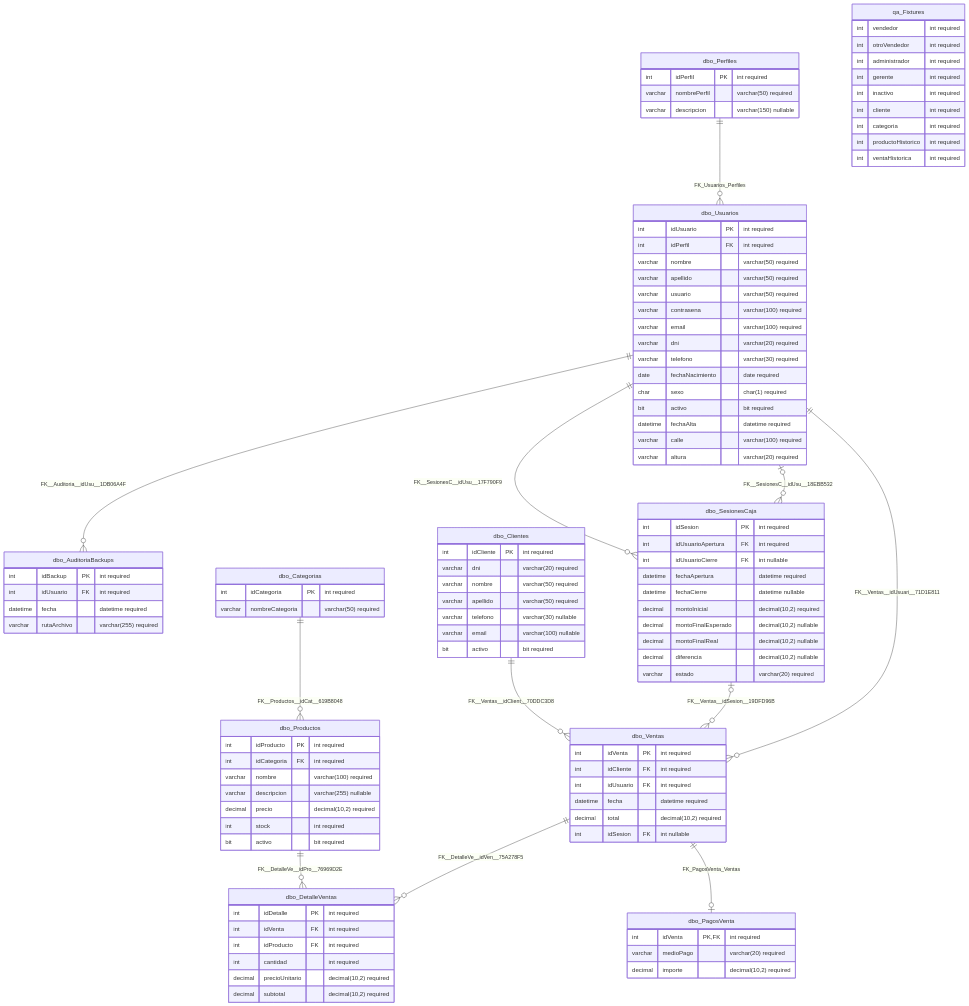
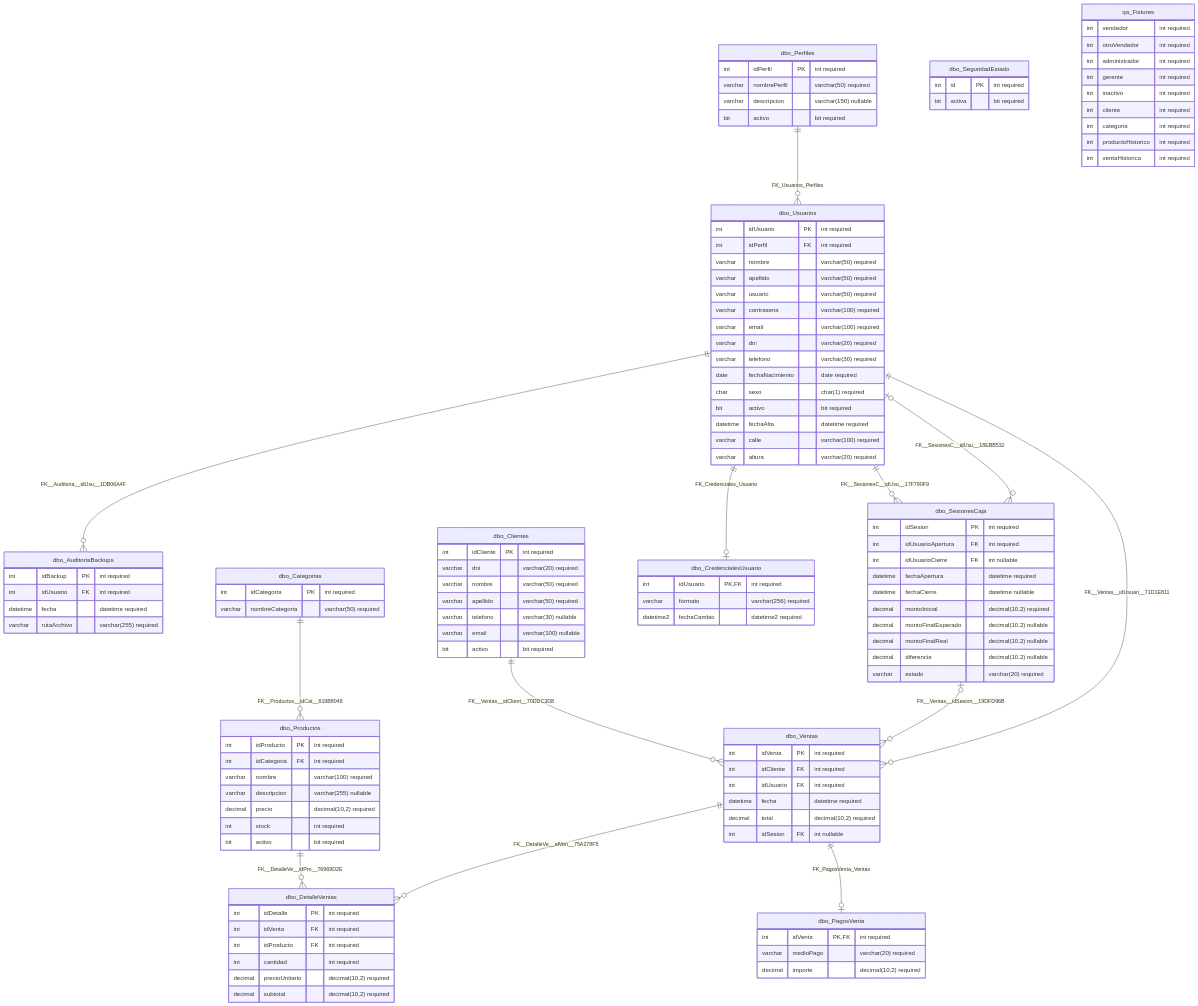
The diagram in docs/DIAGRAMA_ER.md (franconbenitez/ForzaSuplementos), drawn with Mermaid before and after one commit. The commit also changed other lines of this file and 5 other files, not shown here.

````diff
--- a/docs/DIAGRAMA_ER.md
+++ b/docs/DIAGRAMA_ER.md
@@ -23,6 +23,11 @@
         varchar email "varchar(100) nullable"
         bit activo "bit required"
     }
+    dbo_CredencialesUsuario {
+        int idUsuario PK,FK "int required"
+        varchar formato "varchar(256) required"
+        datetime2 fechaCambio "datetime2 required"
+    }
     dbo_DetalleVentas {
         int idDetalle PK "int required"
         int idVenta FK "int required"
@@ -40,6 +45,7 @@
         int idPerfil PK "int required"
         varchar nombrePerfil "varchar(50) required"
         varchar descripcion "varchar(150) nullable"
+        bit activo "bit required"
     }
     dbo_Productos {
         int idProducto PK "int required"
@@ -49,6 +55,10 @@
         decimal precio "decimal(10,2) required"
         int stock "int required"
         bit activo "bit required"
+    }
+    dbo_SeguridadEstado {
+        int id PK "int required"
+        bit activa "bit required"
     }
     dbo_SesionesCaja {
         int idSesion PK "int required"
@@ -107,6 +117,7 @@
     dbo_Clientes ||--o{ dbo_Ventas : FK__Ventas__idClient__70DDC3D8
     dbo_SesionesCaja o|--o{ dbo_Ventas : FK__Ventas__idSesion__19DFD96B
     dbo_Usuarios ||--o{ dbo_Ventas : FK__Ventas__idUsuari__71D1E811
+    dbo_Usuarios ||--o| dbo_CredencialesUsuario : FK_Credenciales_Usuario
     dbo_Ventas ||--o| dbo_PagosVenta : FK_PagosVenta_Ventas
     dbo_Perfiles ||--o{ dbo_Usuarios : FK_Usuarios_Perfiles
 ```
````
